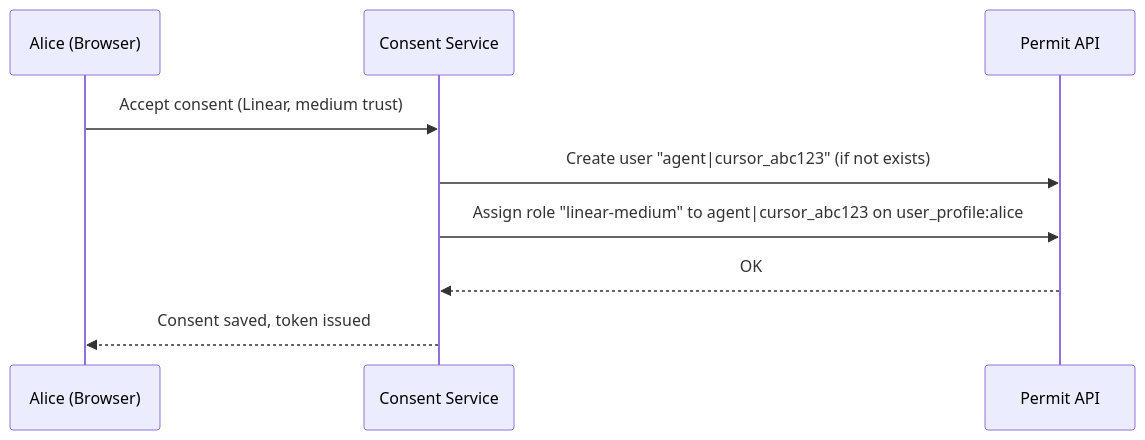
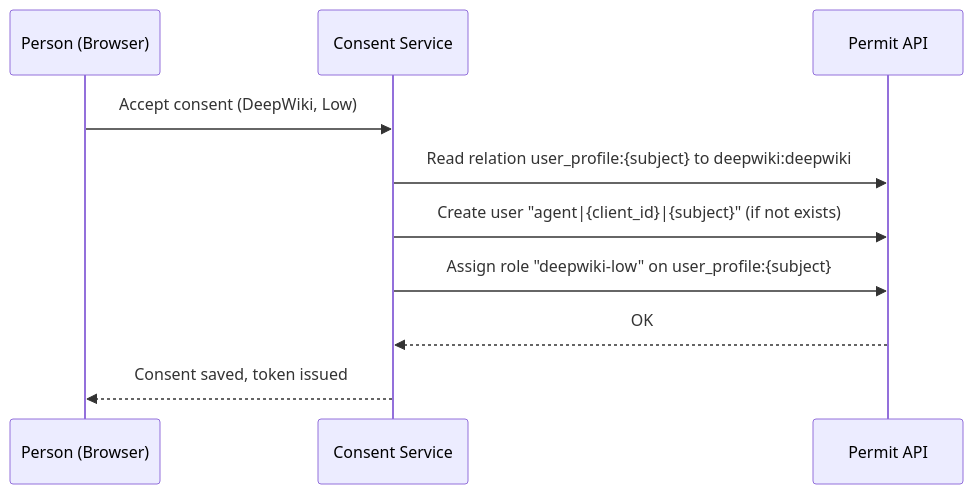
Before and after one commit to permitio/docs: the fifth of 6 diagrams in docs/permit-mcp-gateway/permit-integration.mdx, drawn with Mermaid. The commit also changed other lines of this file and 126 other files, not shown here.

````diff
--- a/docs/permit-mcp-gateway/permit-integration.mdx
+++ b/docs/permit-mcp-gateway/permit-integration.mdx
@@ -202,12 +213,13 @@
 ```mermaid
 sequenceDiagram
-    participant User as Alice (Browser)
+    participant User as Person (Browser)
     participant CS as Consent Service
     participant Permit as Permit API
 
-    User->>CS: Accept consent (Linear, medium trust)
-    CS->>Permit: Create user "agent|cursor_abc123" (if not exists)
-    CS->>Permit: Assign role "linear-medium" to agent|cursor_abc123 on user_profile:alice
+    User->>CS: Accept consent (DeepWiki, Low)
+    CS->>Permit: Read relation user_profile:{subject} to deepwiki:deepwiki
+    CS->>Permit: Create user "agent|{client_id}|{subject}" (if not exists)
+    CS->>Permit: Assign role "deepwiki-low" on user_profile:{subject}
     Permit-->>CS: OK
     CS-->>User: Consent saved, token issued
 ```
````
